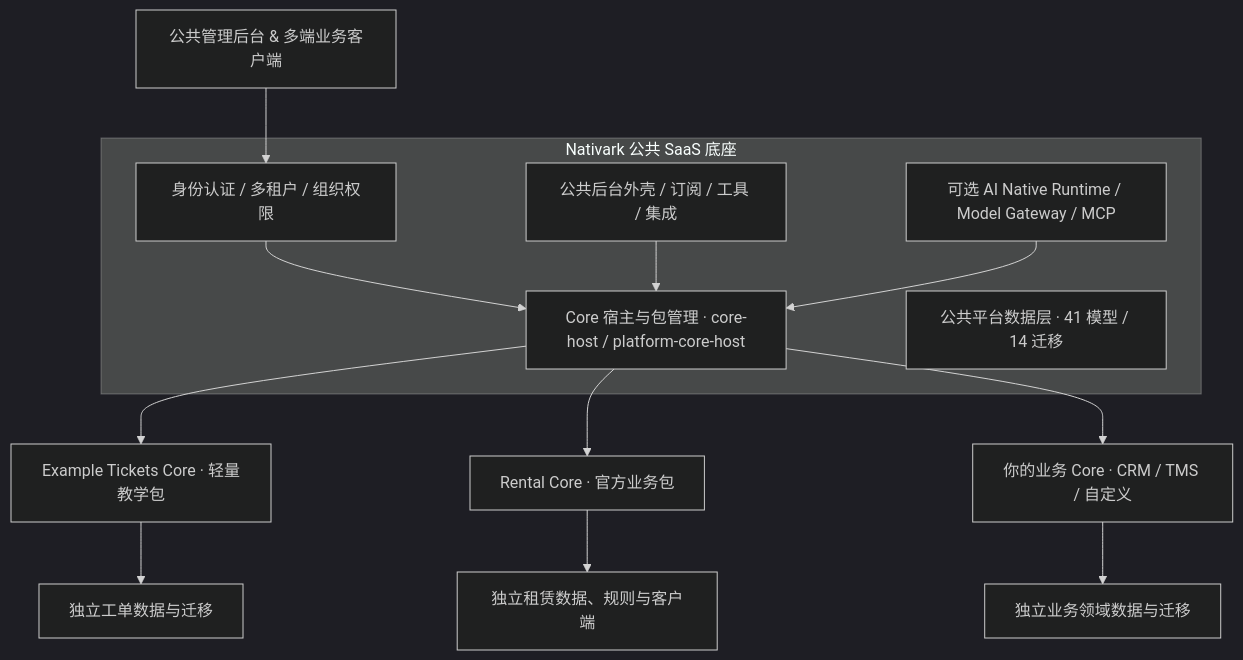
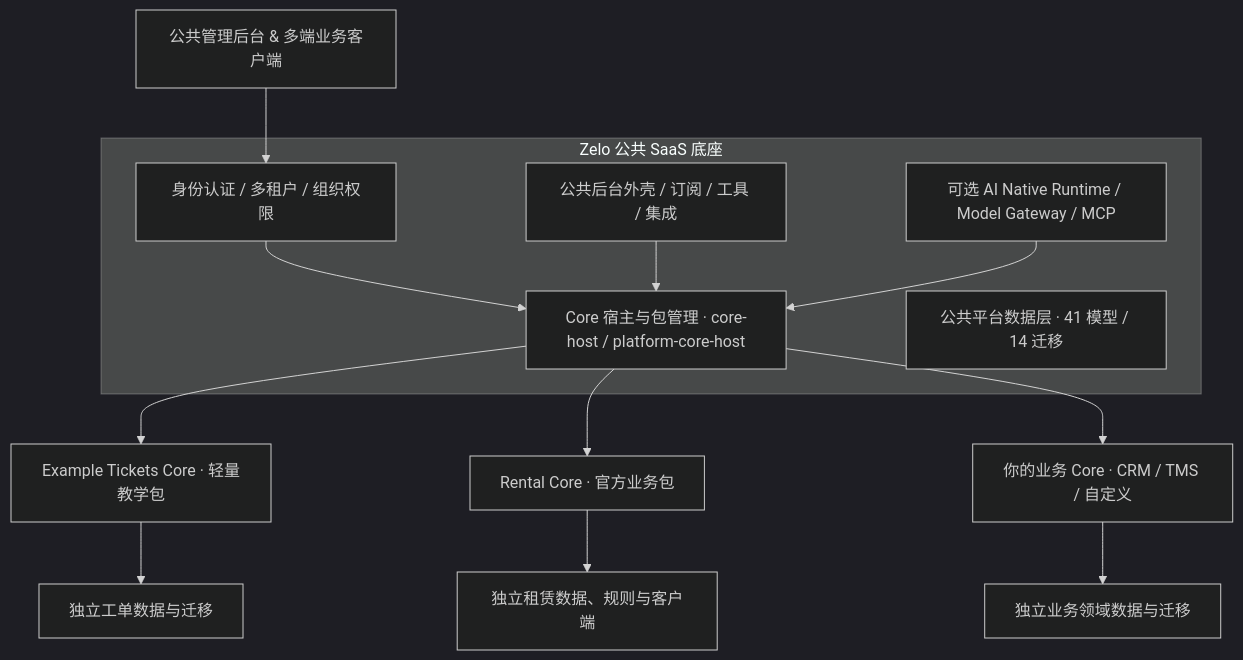
Before and after one commit to JinPen-G/Nativark: the diagram in README.md, drawn with Mermaid (dark theme). The commit also changed other lines of this file and 106 other files, not shown here.

````diff
--- a/README.md
+++ b/README.md
@@ -65,16 +70,16 @@
 ```mermaid
 flowchart TD
     UI[公共管理后台 & 多端业务客户端] --> Identity
-    subgraph Base[Nativark 公共 SaaS 底座]
+    subgraph Base[Zelo 公共 SaaS 底座]
         Identity[身份认证 / 多租户 / 组织权限] --> CoreHost[Core 宿主与包管理 · core-host / platform-core-host]
         Console[公共后台外壳 / 订阅 / 工具 / 集成] --> CoreHost
         AI[可选 AI Native Runtime / Model Gateway / MCP] --> CoreHost
         Data[公共平台数据层 · 41 模型 / 14 迁移]
     end
     CoreHost --> Tickets[Example Tickets Core · 轻量教学包]
     CoreHost --> Rental[Rental Core · 官方业务包]
     CoreHost --> Custom[你的业务 Core · CRM / TMS / 自定义]
     Tickets --> TicketsData[独立工单数据与迁移]
     Rental --> RentalData[独立租赁数据、规则与客户端]
     Custom --> CustomData[独立业务领域数据与迁移]
 ```
````
